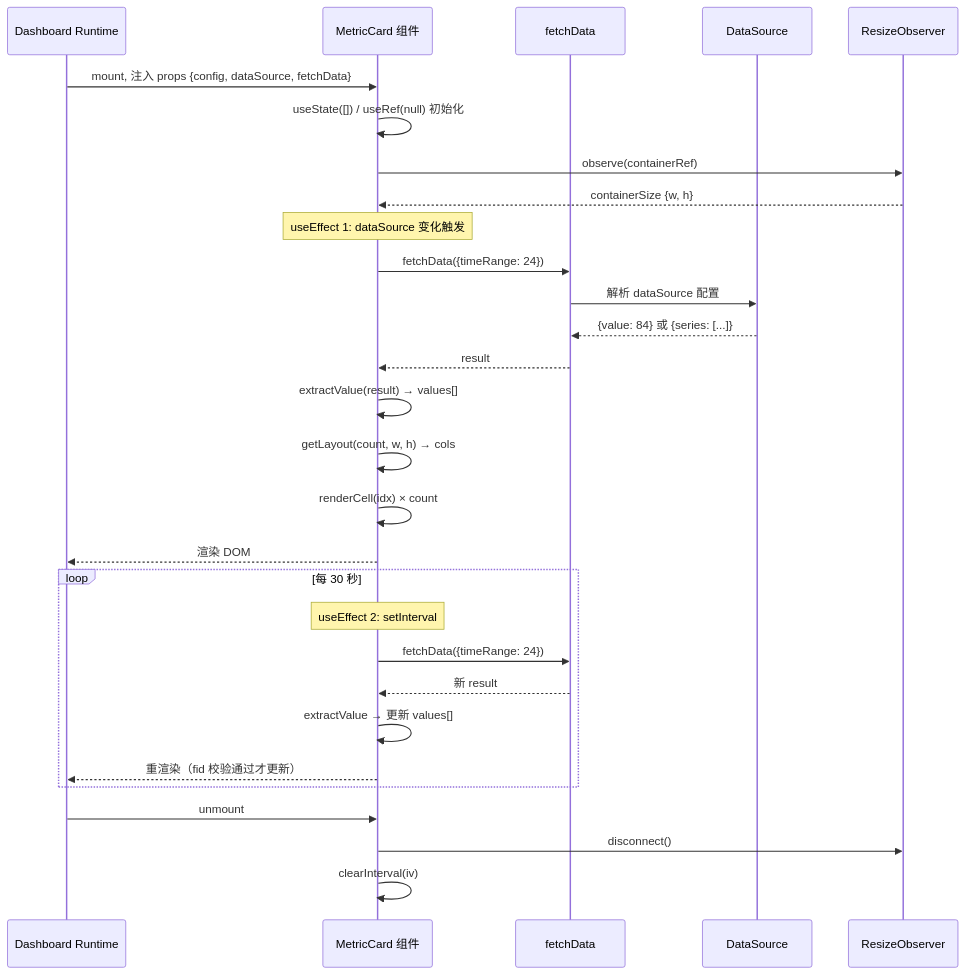
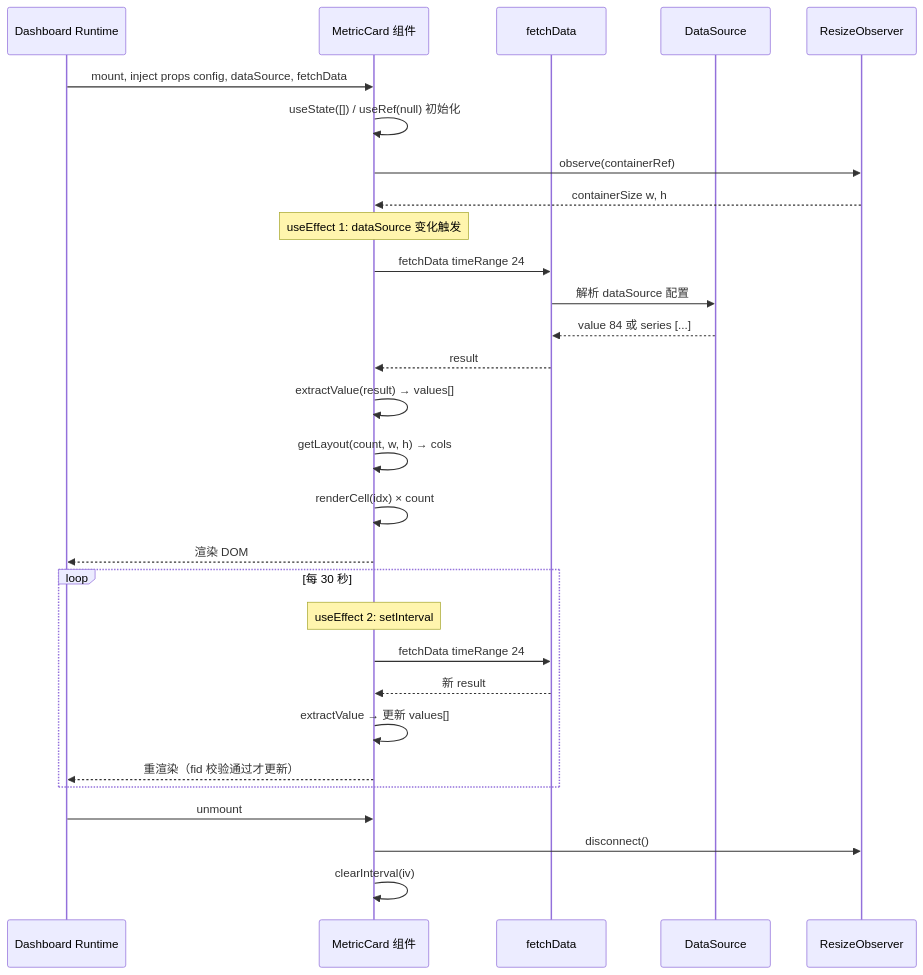
One commit to luommy/wiki-documents changed the second of 2 diagrams in docs/0-neomind/developer-guide/case-studies/6-metric-card-component.md. Above: the diagram before and after it, drawn with Mermaid. The commit also changed 32 other files, not shown here.

First line of the commit message:
docs(neomind/case-studies): 修复 Mermaid 解析错误、内联枚举、NE101 虚构指令

````diff
--- a/docs/0-neomind/developer-guide/case-studies/6-metric-card-component.md
+++ b/docs/0-neomind/developer-guide/case-studies/6-metric-card-component.md
@@ -358,35 +358,35 @@
 ```mermaid
 sequenceDiagram
     participant RT as Dashboard Runtime
     participant MC as MetricCard 组件
     participant FD as fetchData
     participant DS as DataSource
     participant RO as ResizeObserver
 
-    RT->>MC: mount, 注入 props {config, dataSource, fetchData}
+    RT->>MC: mount, inject props config, dataSource, fetchData
     MC->>MC: useState([]) / useRef(null) 初始化
     MC->>RO: observe(containerRef)
-    RO-->>MC: containerSize {w, h}
+    RO-->>MC: containerSize w, h
 
     Note over MC: useEffect 1: dataSource 变化触发
-    MC->>FD: fetchData({timeRange: 24})
+    MC->>FD: fetchData timeRange 24
     FD->>DS: 解析 dataSource 配置
-    DS-->>FD: {value: 84} 或 {series: [...]}
+    DS-->>FD: value 84 或 series [...]
     FD-->>MC: result
     MC->>MC: extractValue(result) → values[]
     MC->>MC: getLayout(count, w, h) → cols
     MC->>MC: renderCell(idx) × count
     MC-->>RT: 渲染 DOM
 
     loop 每 30 秒
         Note over MC: useEffect 2: setInterval
-        MC->>FD: fetchData({timeRange: 24})
+        MC->>FD: fetchData timeRange 24
         FD-->>MC: 新 result
         MC->>MC: extractValue → 更新 values[]
         MC-->>RT: 重渲染（fid 校验通过才更新）
     end
 
     RT->>MC: unmount
     MC->>RO: disconnect()
     MC->>MC: clearInterval(iv)
 ```
````
